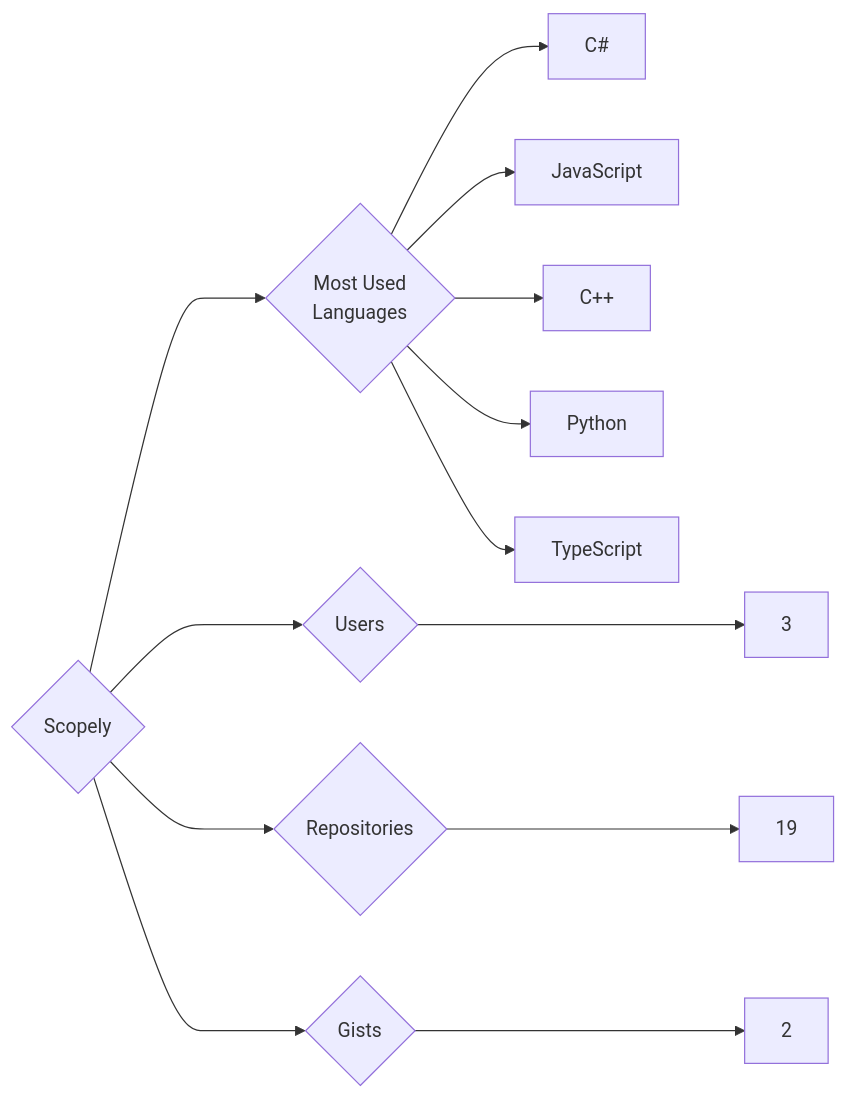
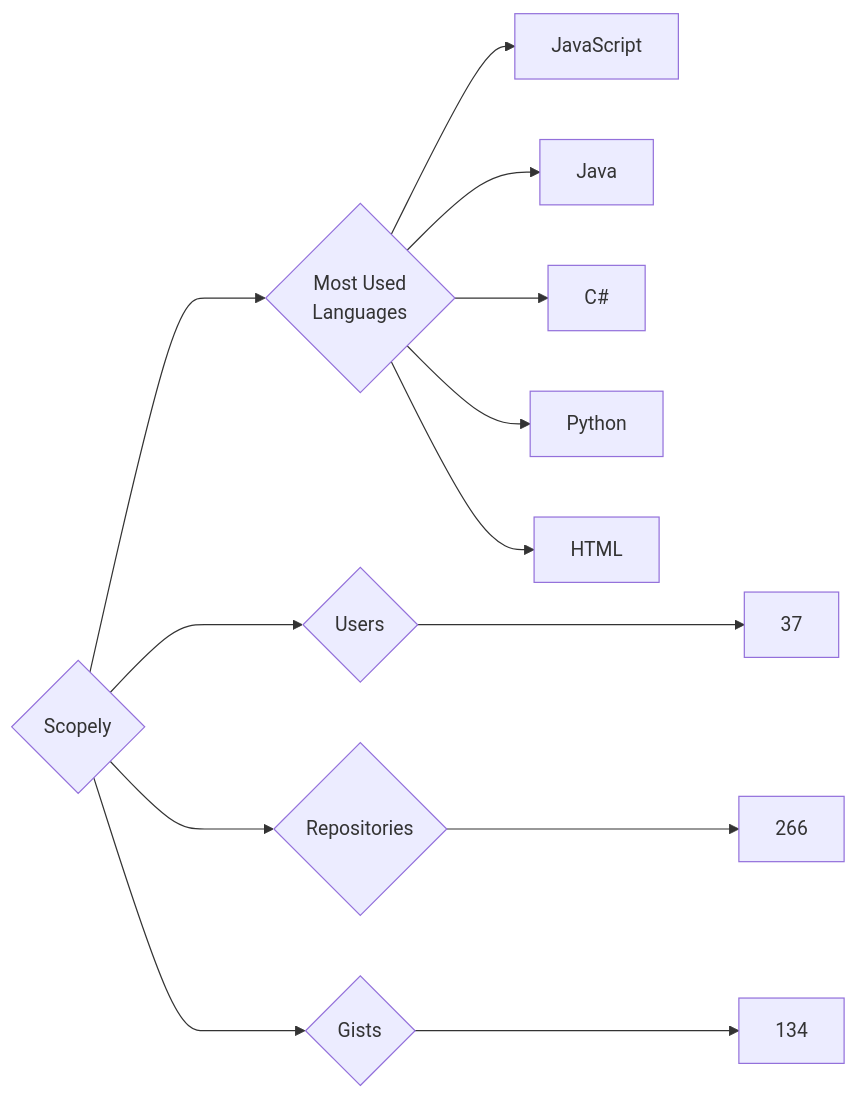
One commit to trickest/insiders changed the diagram in targets/Scopely/README.md. Above: the diagram before and after it, drawn with Mermaid. The commit also changed 878 other files, not shown here.

````diff
--- a/targets/Scopely/README.md
+++ b/targets/Scopely/README.md
@@ -3,13 +3,13 @@
 ```mermaid
 graph LR
 COMPANY_NAME{Scopely}
-COMPANY_NAME ---> U{Users} ---> UN[3]
-COMPANY_NAME ---> R{Repositories} ---> RN[19]
-COMPANY_NAME ---> G{Gists} ---> GN[2]
+COMPANY_NAME ---> U{Users} ---> UN[37]
+COMPANY_NAME ---> R{Repositories} ---> RN[266]
+COMPANY_NAME ---> G{Gists} ---> GN[134]
 COMPANY_NAME ---> ML{Most Used<br>Languages}
+ML --> JavaScript[JavaScript]
+ML --> Java[Java]
 ML --> C#[C#]
-ML --> JavaScript[JavaScript]
-ML --> C++[C++]
 ML --> Python[Python]
-ML --> TypeScript[TypeScript]
+ML --> HTML[HTML]
 ```
````
